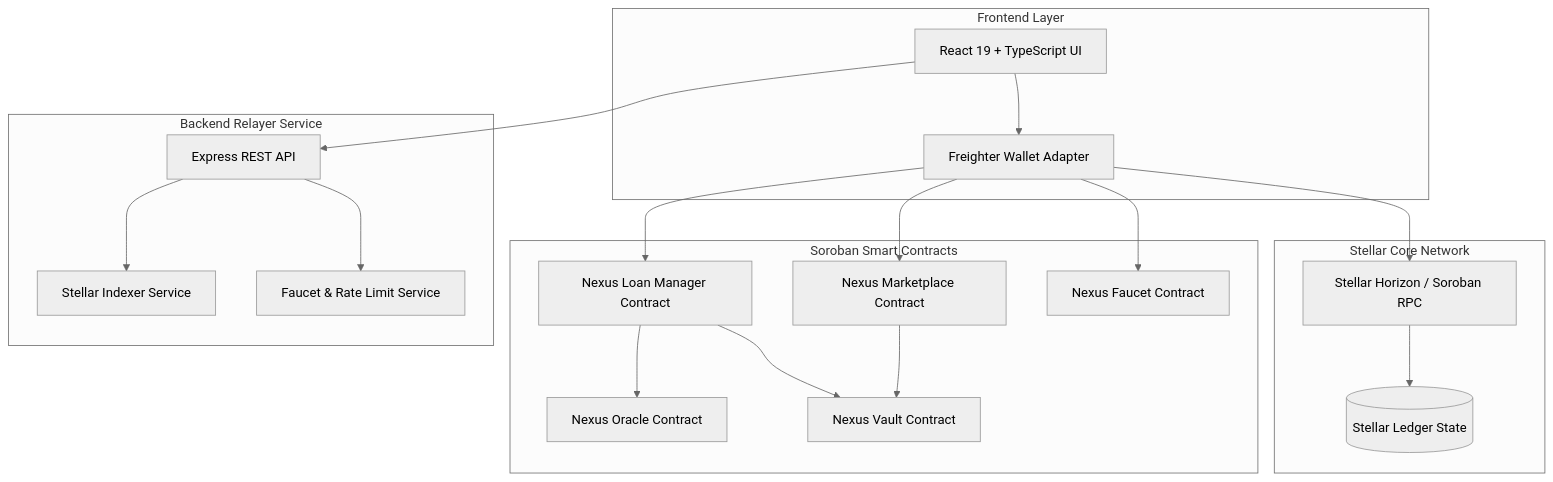
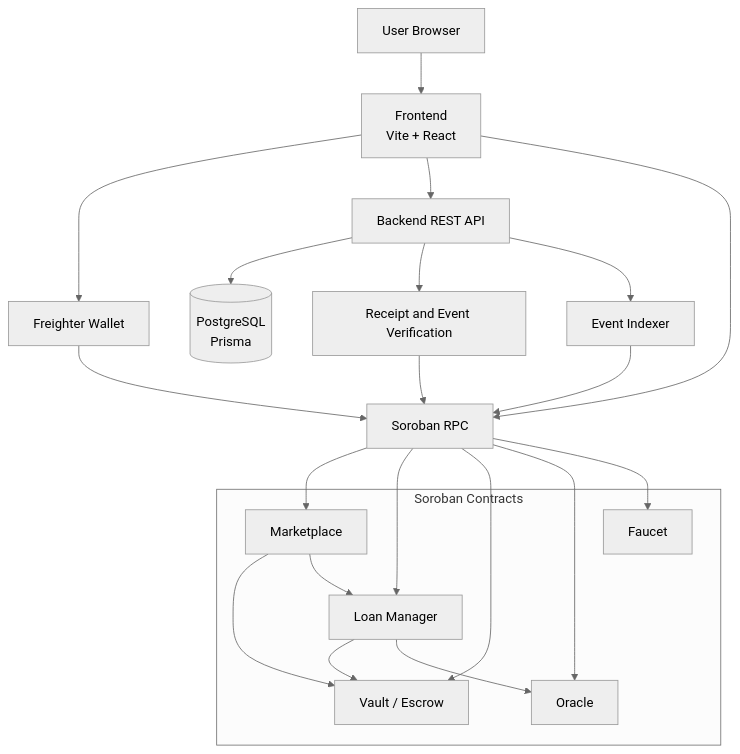
The diagram in README.md (TheAnh1404/NexusLending), drawn with Mermaid (neutral theme) before and after one commit. The commit also changed other lines of this file and 3 other files, not shown here.

````diff
--- a/README.md
+++ b/README.md
@@ -623,39 +43,31 @@
 ```mermaid
-graph TD
-    subgraph Frontend Layer
-        UI[React 19 + TypeScript UI]
-        FW[Freighter Wallet Adapter]
+graph TB
+    User[User Browser] --> FE[Frontend<br/>Vite + React]
+    FE --> Wallet[Freighter Wallet]
+    FE --> API[Backend REST API]
+    FE --> RPC[Soroban RPC]
+    API --> DB[(PostgreSQL<br/>Prisma)]
+    API --> Verifier[Receipt and Event Verification]
+    API --> Indexer[Event Indexer]
+    Indexer --> RPC
+    Verifier --> RPC
+    Wallet --> RPC
+
+    subgraph Soroban Contracts
+      Marketplace[Marketplace]
+      LoanManager[Loan Manager]
+      Vault[Vault / Escrow]
+      Oracle[Oracle]
+      Faucet[Faucet]
     end
 
-    subgraph Backend Relayer Service
-        API[Express REST API]
-        FCS[Faucet & Rate Limit Service]
-        IDX[Stellar Indexer Service]
-    end
-
-    subgraph Soroban Smart Contracts
-        FC[Nexus Faucet Contract]
-        OC[Nexus Oracle Contract]
-        VC[Nexus Vault Contract]
-        MC[Nexus Marketplace Contract]
-        LMC[Nexus Loan Manager Contract]
-    end
-
-    subgraph Stellar Core Network
-        RPC[Stellar Horizon / Soroban RPC]
-        LEDGER[(Stellar Ledger State)]
-    end
-
-    UI --> FW
-    FW --> RPC
-    UI --> API
-    API --> FCS
-    API --> IDX
-    RPC --> LEDGER
-    FW --> FC
-    FW --> MC
-    FW --> LMC
-    MC --> VC
-    LMC --> VC
-    LMC --> OC
+    RPC --> Marketplace
+    RPC --> LoanManager
+    RPC --> Vault
+    RPC --> Oracle
+    RPC --> Faucet
+    Marketplace --> Vault
+    Marketplace --> LoanManager
+    LoanManager --> Vault
+    LoanManager --> Oracle
 ```
````
